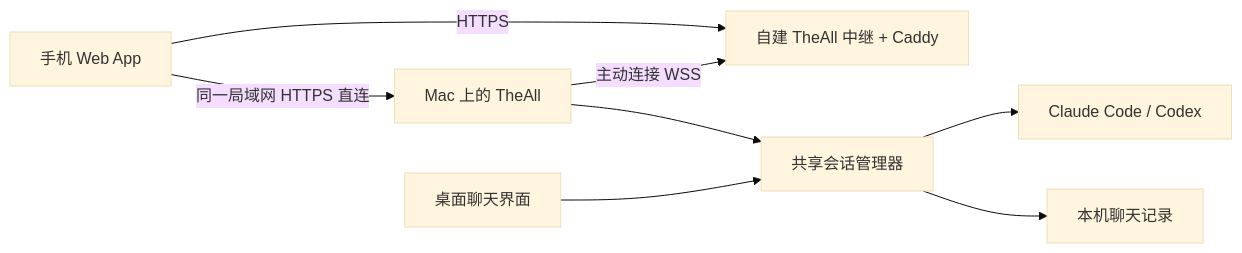
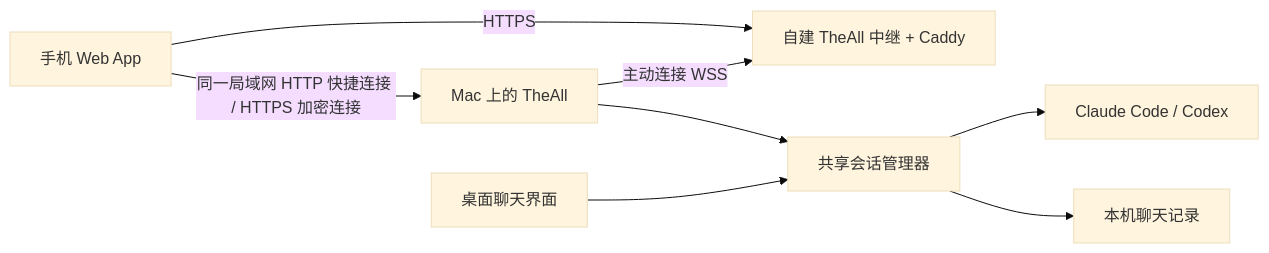
Before and after one commit to AbadOrangeCat/TheALL: the diagram in docs/mobile-access.md, drawn with Mermaid (base theme). The commit also changed other lines of this file and 33 other files, not shown here.

````diff
--- a/docs/mobile-access.md
+++ b/docs/mobile-access.md
@@ -7,10 +7,10 @@
 ```mermaid
 flowchart LR
     Phone[手机 Web App] -->|HTTPS| Relay[自建 TheAll 中继 + Caddy]
     Mac[Mac 上的 TheAll] -->|主动连接 WSS| Relay
-    Phone -->|同一局域网 HTTPS 直连| Mac
+    Phone -->|同一局域网 HTTP 快捷连接 / HTTPS 加密连接| Mac
     Mac --> Registry[共享会话管理器]
     Desktop[桌面聊天界面] --> Registry
     Registry --> CLI[Claude Code / Codex]
     Registry --> History[本机聊天记录]
 ```
````
